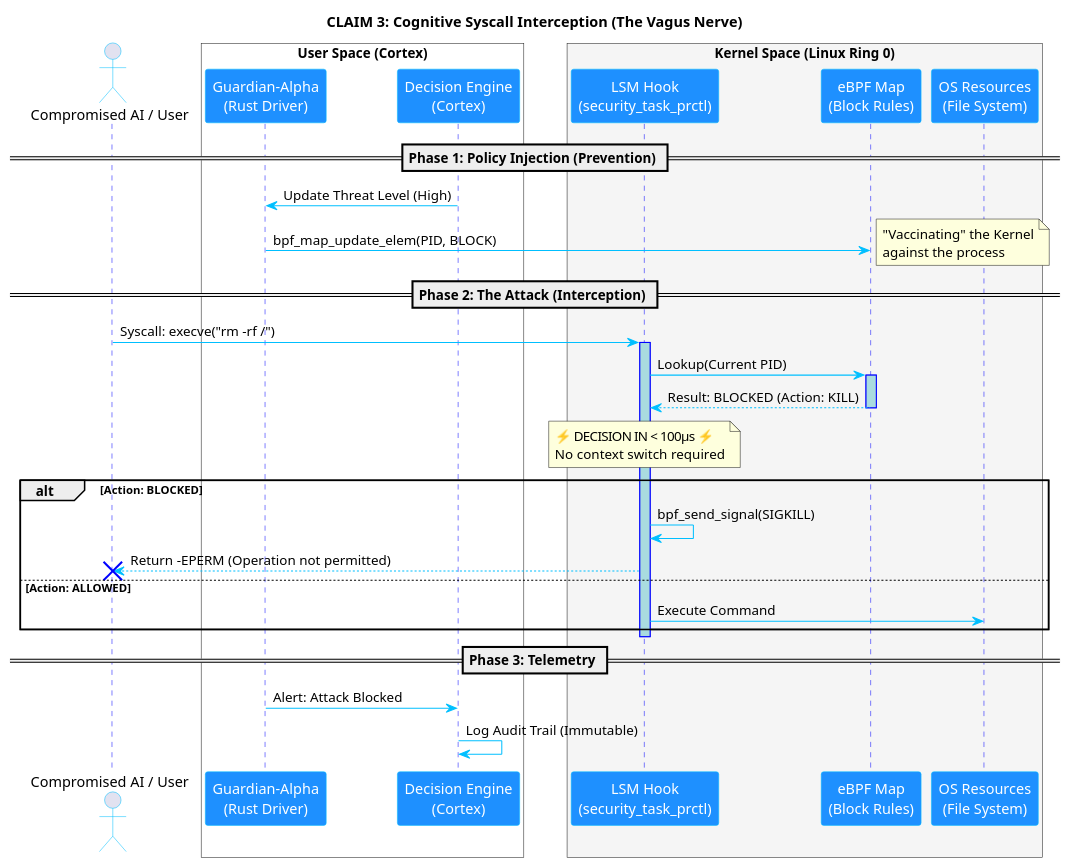
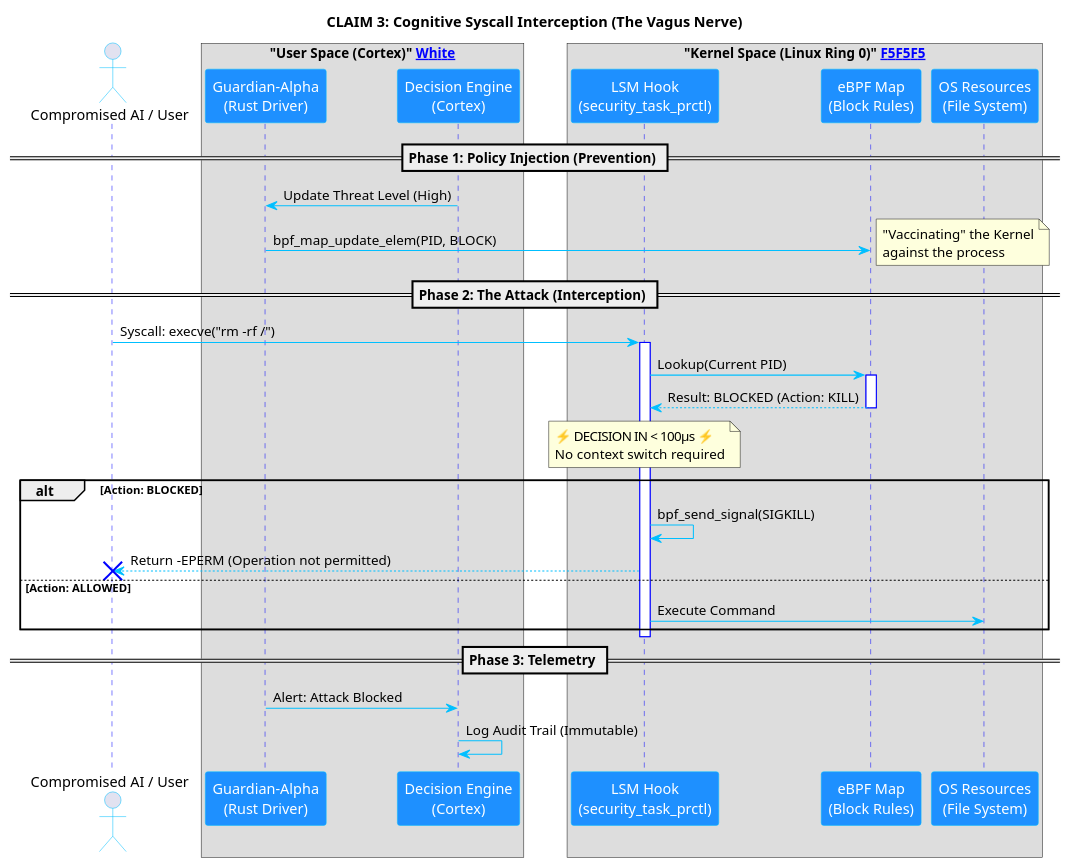
One commit to jenovoas/sentinel changed the first of 2 diagrams in docs/archive/mensaje/PLANTUML_DIAGRAMS_PATENT.md. Above: the diagram before and after it, drawn with PlantUML. The commit also changed other lines of this file and 36 other files, not shown here.

````diff
--- a/docs/archive/mensaje/PLANTUML_DIAGRAMS_PATENT.md
+++ b/docs/archive/mensaje/PLANTUML_DIAGRAMS_PATENT.md
@@ -24,62 +24,62 @@
 ```plantuml
 @startuml
 skinparam backgroundColor white
 skinparam handwritten false
 skinparam sequence {
     ArrowColor DeepSkyBlue
     ActorBorderColor DeepSkyBlue
     LifeLineBorderColor blue
-    LifeLineBackgroundColor #A9DCDF
+    LifeLineBackgroundColor [[A9DCDF]]
     ParticipantBorderColor DeepSkyBlue
     ParticipantBackgroundColor DodgerBlue
     ParticipantFontName Impact
     ParticipantFontSize 14
-    ParticipantFontColor #FFFFFF
+    ParticipantFontColor [[FFFFFF]]
 }
 
 title "CLAIM 3: Cognitive Syscall Interception (The Vagus Nerve)"
 
 actor "Compromised AI / User" as User
-box "User Space (Cortex)" #White
+box "User Space (Cortex)" [[White]]
     participant "Guardian-Alpha\n(Rust Driver)" as Driver
     participant "Decision Engine\n(Cortex)" as Brain
 end box
 
-box "Kernel Space (Linux Ring 0)" #F5F5F5
+box "Kernel Space (Linux Ring 0)" [[F5F5F5]]
     participant "LSM Hook\n(security_task_prctl)" as Hook
     participant "eBPF Map\n(Block Rules)" as Map
     participant "OS Resources\n(File System)" as OS
 end box
 
 == Phase 1: Policy Injection (Prevention) ==
 Brain -> Driver: Update Threat Level (High)
 Driver -> Map: bpf_map_update_elem(PID, BLOCK)
 note right: "Vaccinating" the Kernel\nagainst the process
 
 == Phase 2: The Attack (Interception) ==
 User -> Hook: Syscall: execve("rm -rf /")
 activate Hook
 
 Hook -> Map: Lookup(Current PID)
 activate Map
 Map --> Hook: Result: BLOCKED (Action: KILL)
 deactivate Map
 
 note over Hook: ⚡ DECISION IN < 100μs ⚡\nNo context switch required
 
 alt Action: BLOCKED
     Hook -> Hook: bpf_send_signal(SIGKILL)
     Hook --> User: Return -EPERM (Operation not permitted)
     destroy User
 else Action: ALLOWED
     Hook -> OS: Execute Command
 end
 
 deactivate Hook
 
 == Phase 3: Telemetry ==
 Driver -> Brain: Alert: Attack Blocked
 Brain -> Brain: Log Audit Trail (Immutable)
 
 @enduml
 ```
````
